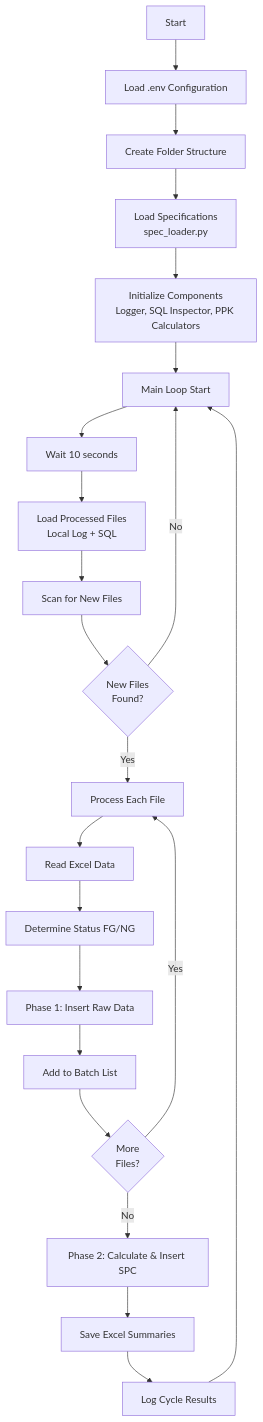
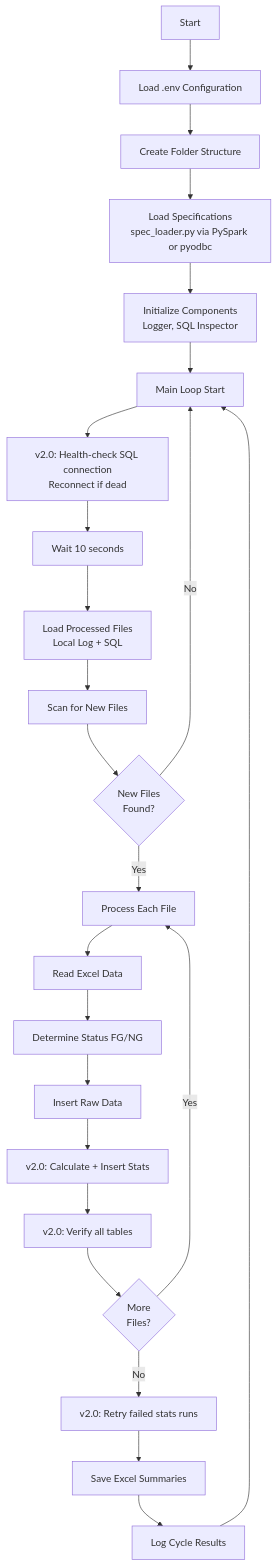
The ninth of 12 diagrams in README.md (KSangmuang/SPC-Dashboard), drawn with Mermaid before and after one commit. The commit also changed other lines of this file, not shown here.

````diff
--- a/README.md
+++ b/README.md
@@ -602,28 +823,30 @@
 ```mermaid
 flowchart TD
     START[Start] --> LOAD_ENV[Load .env Configuration]
     LOAD_ENV --> CREATE_FOLDERS[Create Folder Structure]
-    CREATE_FOLDERS --> LOAD_SPECS[Load Specifications<br/>spec_loader.py]
-    LOAD_SPECS --> INIT[Initialize Components<br/>Logger, SQL Inspector, PPK Calculators]
-    
+    CREATE_FOLDERS --> LOAD_SPECS[Load Specifications<br/>spec_loader.py via PySpark or pyodbc]
+    LOAD_SPECS --> INIT[Initialize Components<br/>Logger, SQL Inspector]
+
     INIT --> LOOP_START[Main Loop Start]
-    LOOP_START --> COUNTDOWN[Wait 10 seconds]
+    LOOP_START --> RECONNECT[v2.0: Health-check SQL connection<br/>Reconnect if dead]
+    RECONNECT --> COUNTDOWN[Wait 10 seconds]
     COUNTDOWN --> LOAD_PROCESSED[Load Processed Files<br/>Local Log + SQL]
     LOAD_PROCESSED --> SCAN[Scan for New Files]
-    
+
     SCAN --> CHECK{New Files<br/>Found?}
     CHECK -->|No| LOOP_START
     CHECK -->|Yes| PROCESS[Process Each File]
-    
+
     PROCESS --> READ[Read Excel Data]
     READ --> STATUS[Determine Status FG/NG]
-    STATUS --> PHASE1[Phase 1: Insert Raw Data]
-    PHASE1 --> BATCH[Add to Batch List]
-    BATCH --> NEXT{More<br/>Files?}
+    STATUS --> RAW[Insert Raw Data]
+    RAW --> STATS[v2.0: Calculate + Insert Stats]
+    STATS --> VERIFY[v2.0: Verify all tables]
+    VERIFY --> NEXT{More<br/>Files?}
     NEXT -->|Yes| PROCESS
-    NEXT -->|No| PHASE2[Phase 2: Calculate & Insert SPC]
-    
-    PHASE2 --> SAVE_EXCEL[Save Excel Summaries]
+    NEXT -->|No| RETRY[v2.0: Retry failed stats runs]
+
+    RETRY --> SAVE_EXCEL[Save Excel Summaries]
     SAVE_EXCEL --> LOG[Log Cycle Results]
     LOG --> LOOP_START
 ```
````
